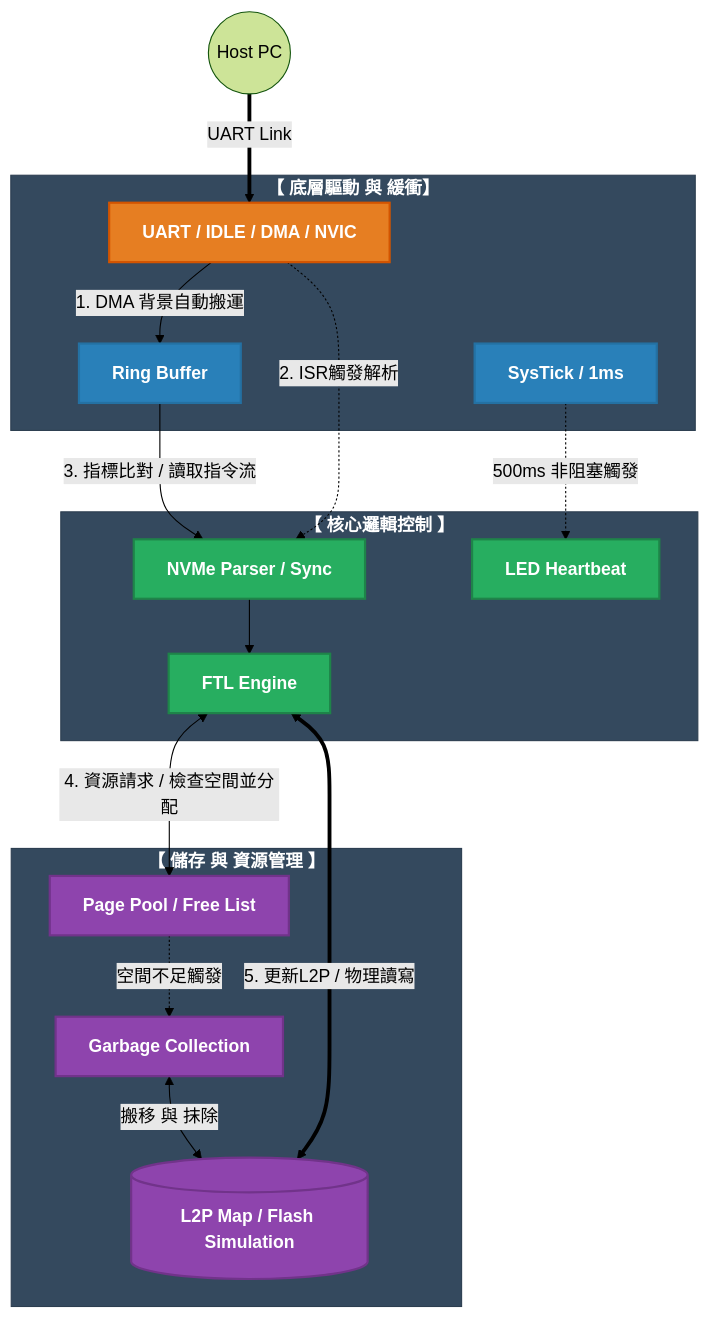
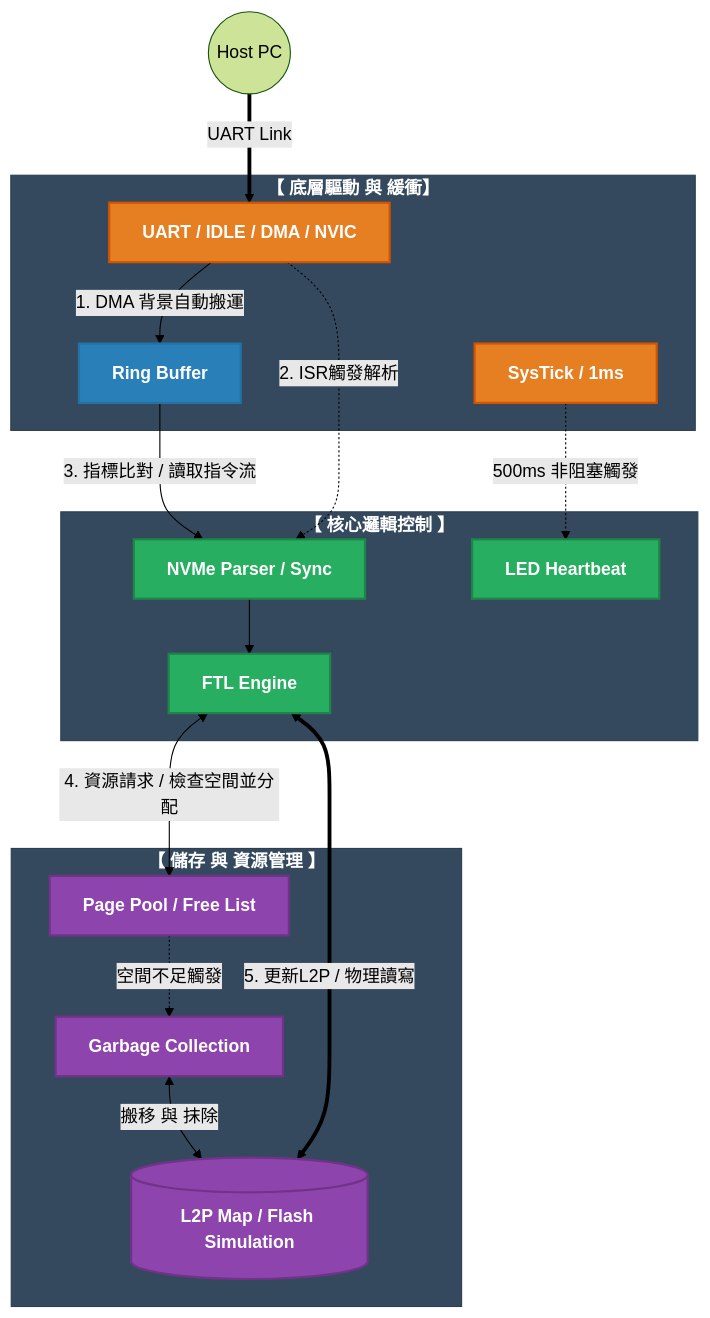
Before and after one commit to PlusRon/Firmware-STM32-SSD-Emulator: the first of 10 diagrams in README_FILE/Mermaid_Diagram/System_Architecture.md, drawn with Mermaid (forest theme).

````diff
--- a/README_FILE/Mermaid_Diagram/System_Architecture.md
+++ b/README_FILE/Mermaid_Diagram/System_Architecture.md
@@ -4,46 +4,46 @@
 ```mermaid
 graph TD
     %% 風格設定 (加大字體與線條感)
     classDef hardware fill:#E67E22,stroke:#D35400,stroke-width:2px,color:#fff,font-weight:bold;
     classDef logic fill:#27AE60,stroke:#1E8449,stroke-width:2px,color:#fff,font-weight:bold;
     classDef buffer fill:#2980B9,stroke:#2471A3,stroke-width:2px,color:#fff,font-weight:bold;
     classDef storage fill:#8E44AD,stroke:#71338A,stroke-width:2px,color:#fff,font-weight:bold;
     classDef titleStyle fill:#34495E,stroke:#2C3E50,stroke-width:1px,color:#fff,font-weight:bold;
 
     %% 外部輸入
     PC((Host PC)) == "UART Link " ==> UART
 
     subgraph Layer1 ["【 底層驅動 與 緩衝】"]
         UART[UART / IDLE / DMA / NVIC]:::hardware
         RB[Ring Buffer]:::buffer
-        Tick[SysTick / 1ms]:::buffer
+        Tick[SysTick / 1ms]:::hardware
     end
 
     subgraph Layer2 ["【 核心邏輯控制 】"]
         Parser[NVMe Parser / Sync]:::logic
         LED[LED Heartbeat]:::logic
         FTL[FTL Engine]:::logic
     end
 
     subgraph Layer3 ["【 儲存 與 資源管理 】"]
         GC[Garbage Collection]:::storage
         Pool[Page Pool / Free List]:::storage
         Flash[(L2P Map / Flash Simulation)]:::storage
     end
 
     %% 連接關係 (簡化路徑，避免扭曲)
     UART -->|1. DMA 背景自動搬運| RB
     RB -->|3. 指標比對 / 讀取指令流| Parser
     UART -.->|2. ISR觸發解析| Parser
     
     Tick -.->|500ms 非阻塞觸發| LED
     Parser --> FTL
     
     FTL <-->|4. 資源請求 / 檢查空間並分配| Pool
     Pool -.->|空間不足觸發| GC
     GC <-->| 搬移 與 抹除| Flash
     FTL <==>|5. 更新L2P / 物理讀寫| Flash
 
     %% 套用標題樣式
     class Layer1,Layer2,Layer3 titleStyle;
 ```
````
